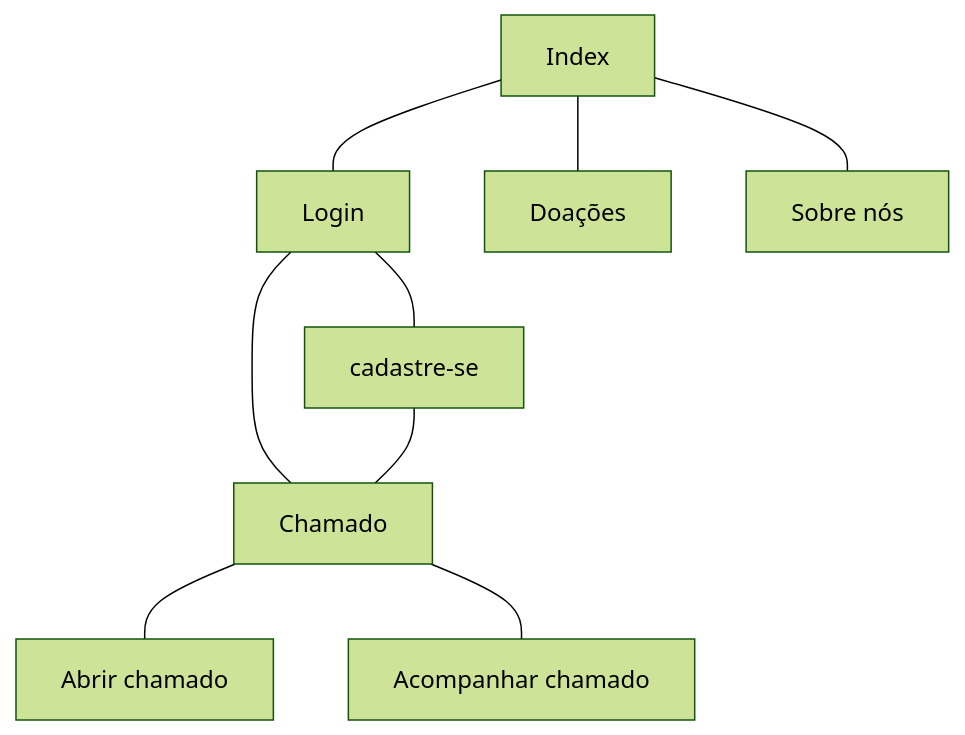
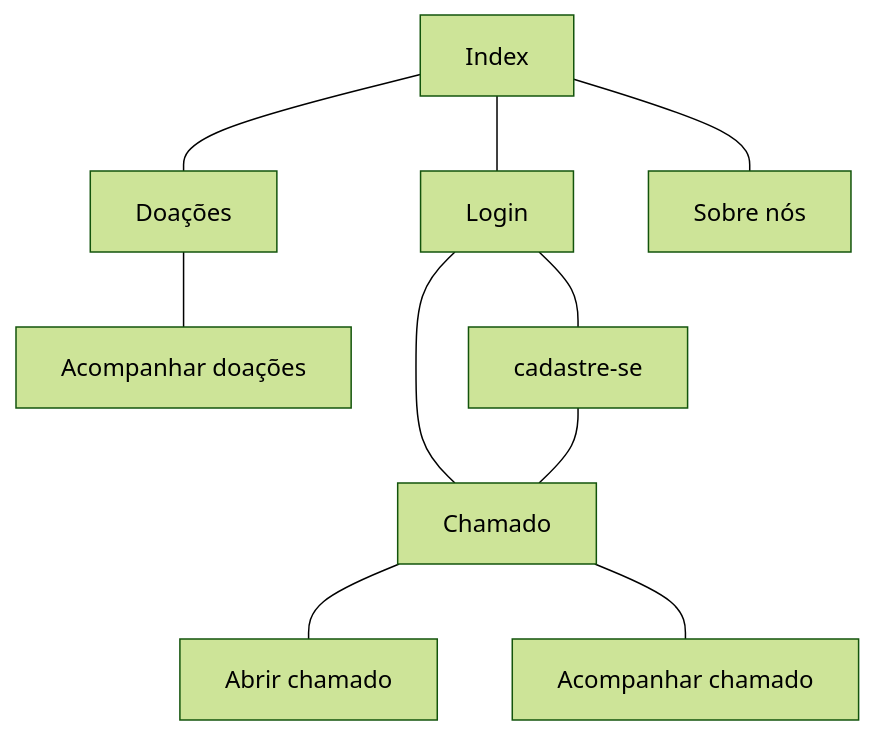
One commit to tads-cnat/gambiarra changed the second of 2 diagrams in doc/prototipos/prototipos.md. Above: the diagram before and after it, drawn with Mermaid (forest theme). The commit also changed other lines of this file, not shown here.

````diff
--- a/doc/prototipos/prototipos.md
+++ b/doc/prototipos/prototipos.md
@@ -23,13 +25,14 @@
 ```mermaid
 flowchart TD
     A[Index] --- B[Login]
     A --- C[Doações]
+    C --- I[Acompanhar doações]
     A --- G[Sobre nós]
     B --- H[cadastre-se]
     B --- D[Chamado]
     H --- D
     D --- E[Abrir chamado]
     D --- F[Acompanhar chamado]
     
     
 ```
````
